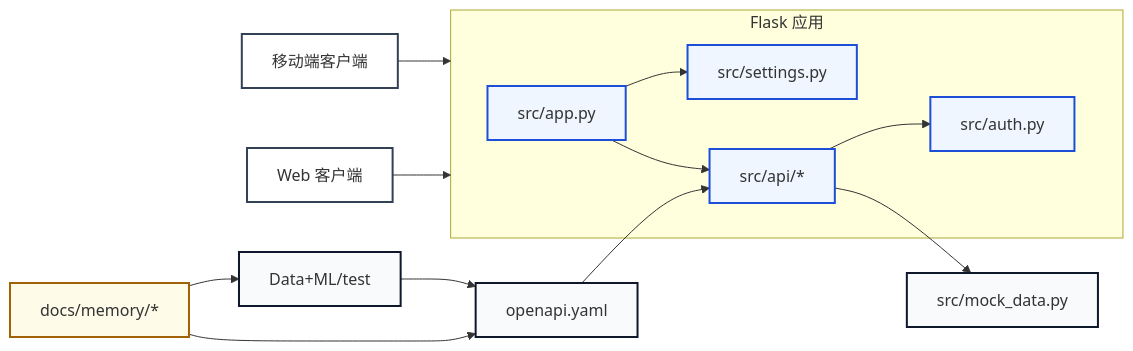
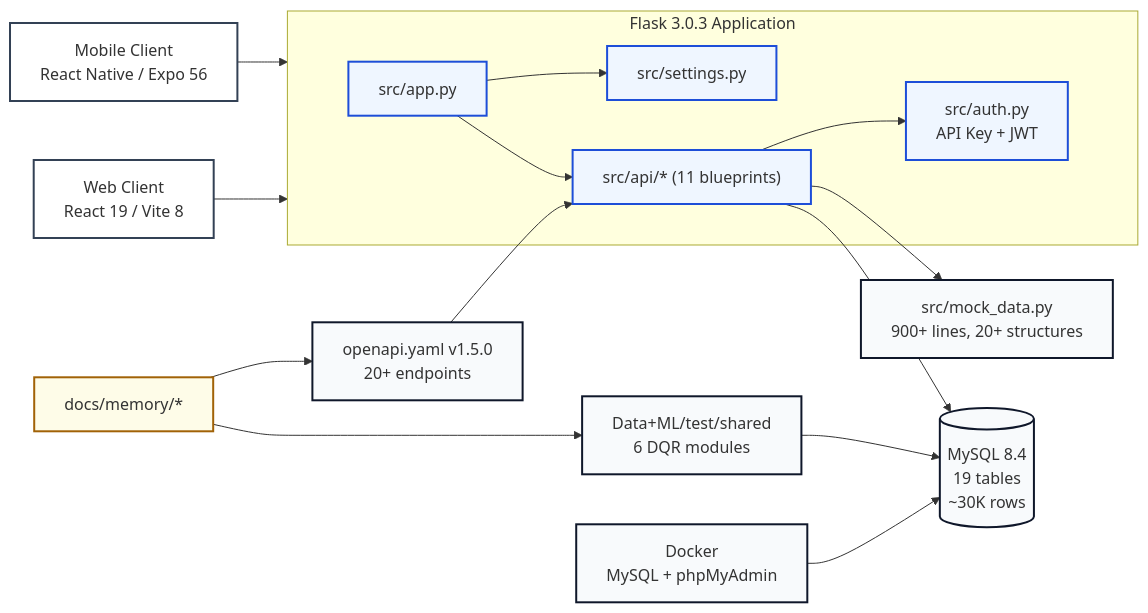
The diagram in docs/memory/project-overview.md (ChingYunHsu/Group6_Summer-Project), drawn with Mermaid before and after one commit. The commit also changed other lines of this file and 132 other files, not shown here.

````diff
--- a/docs/memory/project-overview.md
+++ b/docs/memory/project-overview.md
@@ -25,33 +27,37 @@
 ```mermaid
 graph LR
     classDef client fill:#ffffff,stroke:#334155,stroke-width:2px;
     classDef api fill:#eff6ff,stroke:#1d4ed8,stroke-width:2px;
     classDef data fill:#f8fafc,stroke:#0f172a,stroke-width:2px;
     classDef memory fill:#fefce8,stroke:#a16207,stroke-width:2px;
 
-    Mobile[移动端客户端]:::client
-    Web[Web 客户端]:::client
+    Mobile[Mobile Client<br/>React Native / Expo 56]:::client
+    Web[Web Client<br/>React 19 / Vite 8]:::client
 
-    subgraph Flask[Flask 应用]
+    subgraph Flask[Flask 3.0.3 Application]
       App[src/app.py]:::api
-      Auth[src/auth.py]:::api
+      Auth[src/auth.py<br/>API Key + JWT]:::api
       Settings[src/settings.py]:::api
-      Blueprints[src/api/*]:::api
+      Blueprints["src/api/* (11 blueprints)"]:::api
     end
 
-    Mock[src/mock_data.py]:::data
-    OpenAPI[openapi.yaml]:::data
-    Pipeline[Data+ML/test]:::data
+    Mock[src/mock_data.py<br/>900+ lines, 20+ structures]:::data
+    OpenAPI["openapi.yaml v1.5.0<br/>20+ endpoints"]:::data
+    DB[(MySQL 8.4<br/>19 tables<br/>~30K rows)]:::data
+    Pipeline[Data+ML/test/shared<br/>6 DQR modules]:::data
+    Docker[Docker<br/>MySQL + phpMyAdmin]:::data
     Memory[docs/memory/*]:::memory
 
     Mobile --> Flask
     Web --> Flask
     App --> Blueprints
     Blueprints --> Mock
     Blueprints --> Auth
     App --> Settings
+    Blueprints --> DB
     OpenAPI --> Blueprints
-    Pipeline --> OpenAPI
+    Pipeline --> DB
+    Docker --> DB
     Memory --> OpenAPI
     Memory --> Pipeline
 ```
````
